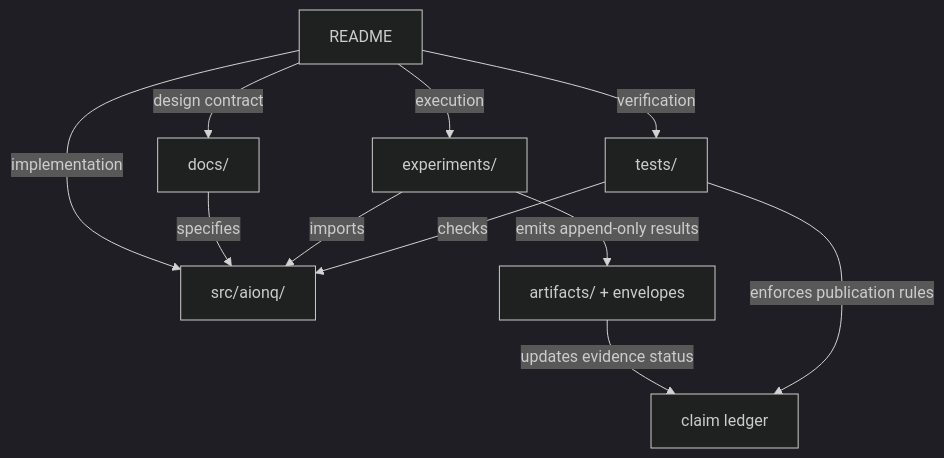
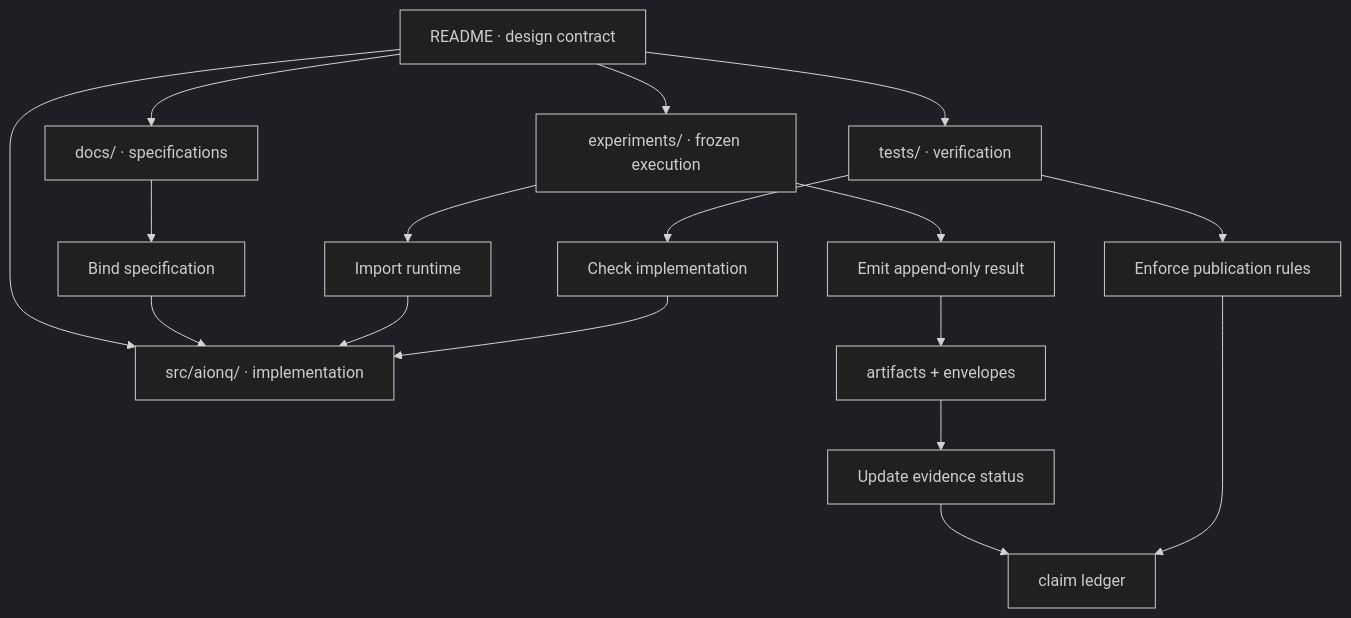
Before and after one commit to Dojo-1/hypercomplexbrain: the third of 3 diagrams in README.md, drawn with Mermaid (dark theme). The commit also changed other lines of this file, not shown here.

Commit message:
Fix GitHub Mermaid rendering

````diff
--- a/README.md
+++ b/README.md
@@ -347,14 +358,21 @@
 ```mermaid
-flowchart TD
-    R["README"] -->|"design contract"| D["docs/"]
-    R -->|"implementation"| S["src/aionq/"]
-    R -->|"execution"| E["experiments/"]
-    R -->|"verification"| T["tests/"]
+graph TD
+    R["README · design contract"] --> D["docs/ · specifications"]
+    R --> S["src/aionq/ · implementation"]
+    R --> E["experiments/ · frozen execution"]
+    R --> T["tests/ · verification"]
 
-    D -->|"specifies"| S
-    E -->|"imports"| S
-    T -->|"checks"| S
-    E -->|"emits append-only results"| A["artifacts/ + envelopes"]
-    A -->|"updates evidence status"| L["claim ledger"]
-    T -->|"enforces publication rules"| L
+    D --> DS["Bind specification"]
+    DS --> S
+    E --> ES["Import runtime"]
+    ES --> S
+    T --> TS["Check implementation"]
+    TS --> S
+
+    E --> EA["Emit append-only result"]
+    EA --> A["artifacts + envelopes"]
+    A --> AL["Update evidence status"]
+    AL --> L["claim ledger"]
+    T --> TL["Enforce publication rules"]
+    TL --> L
 ```
````
